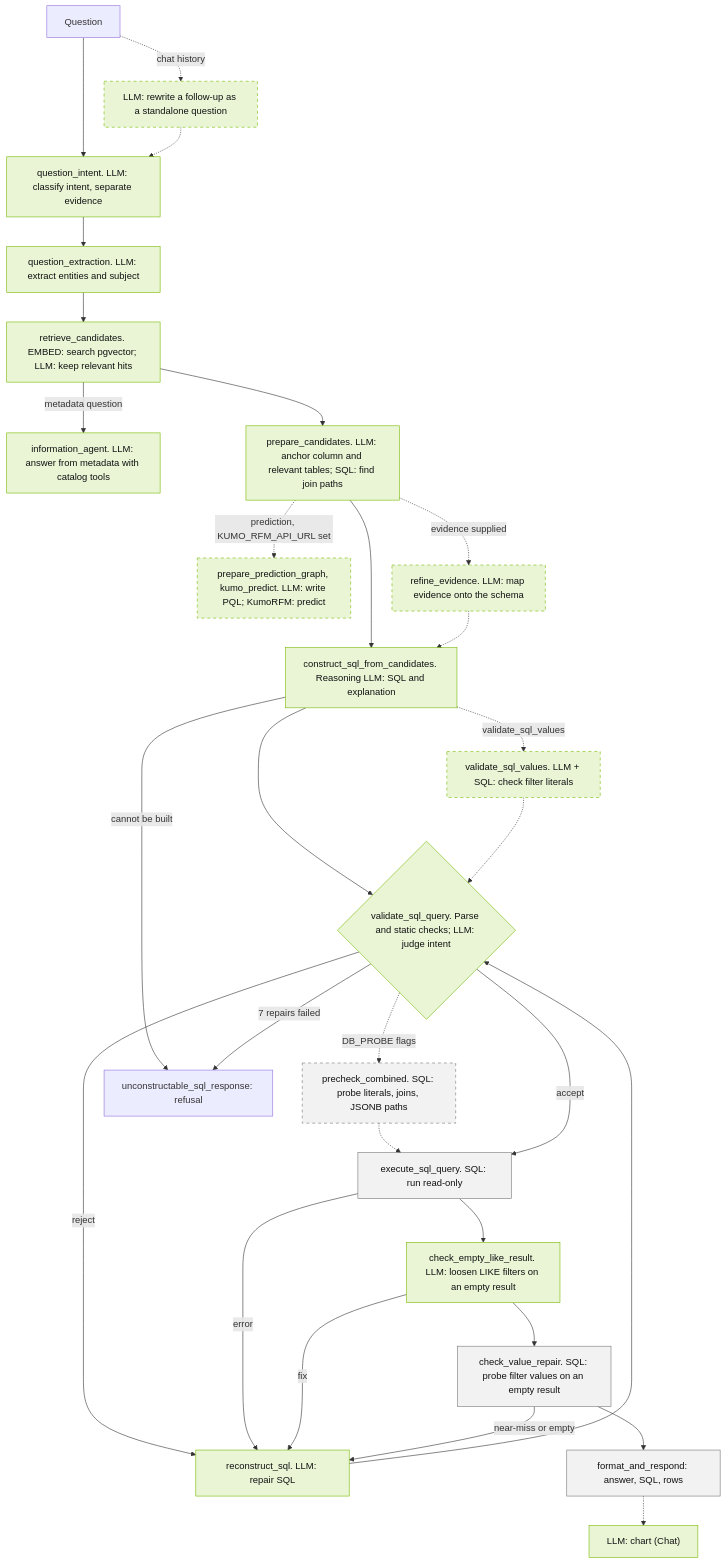
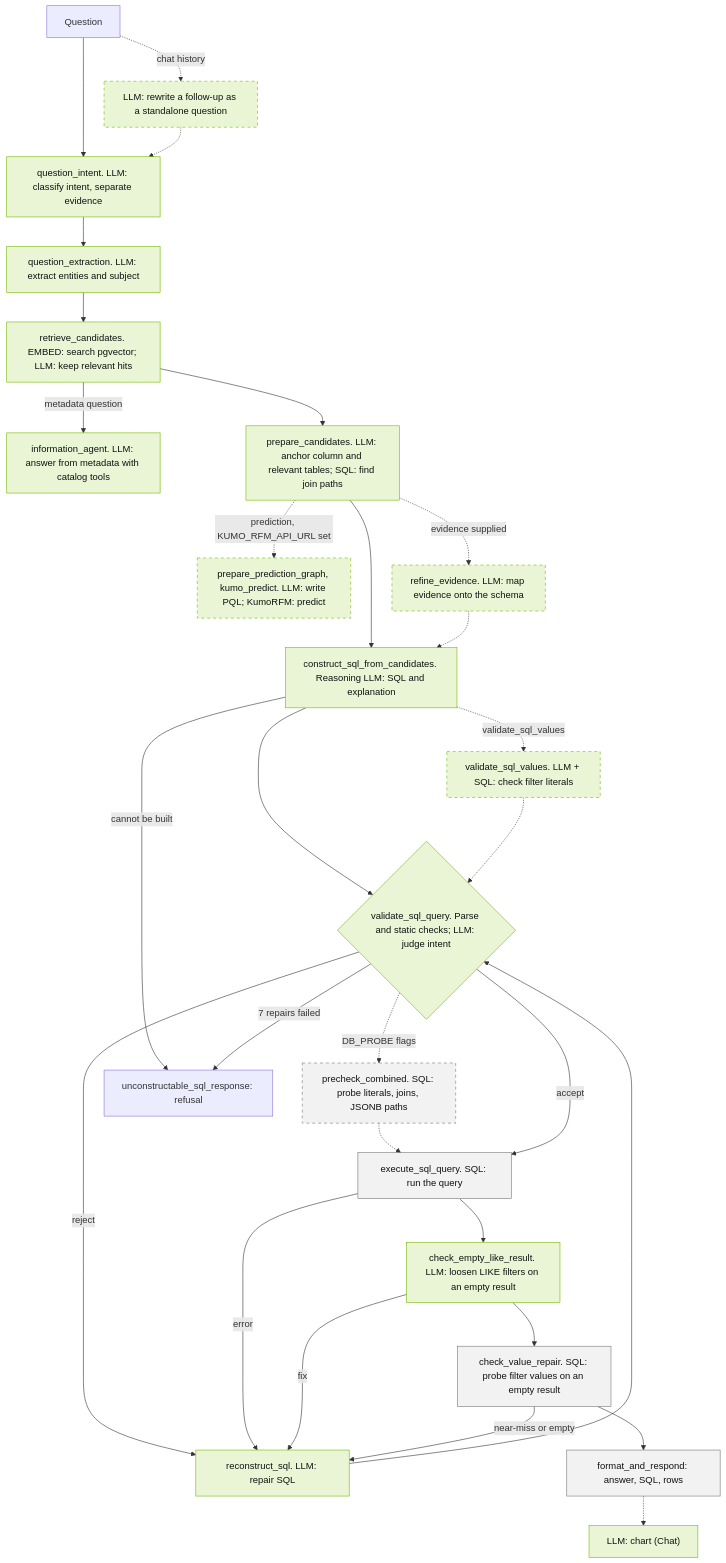
The fourth of 4 diagrams in docs/architecture.md (NVIDIA/auto-ontology), drawn with Mermaid before and after one commit. The commit also changed other lines of this file and 1 other file, not shown here.

````diff
--- a/docs/architecture.md
+++ b/docs/architecture.md
@@ -288,54 +240,54 @@
 ```mermaid
 flowchart TD
   q["Question"]
   fu["LLM: rewrite a follow-up as a standalone question"]
   intent["question_intent. LLM: classify intent, separate evidence"]
   ext["question_extraction. LLM: extract entities and subject"]
   ret["retrieve_candidates. EMBED: search pgvector; LLM: keep relevant hits"]
   meta["information_agent. LLM: answer from metadata with catalog tools"]
   prep["prepare_candidates. LLM: anchor column and relevant tables; SQL: find join paths"]
   pred["prepare_prediction_graph, kumo_predict. LLM: write PQL; KumoRFM: predict"]
   ev["refine_evidence. LLM: map evidence onto the schema"]
   gen["construct_sql_from_candidates. Reasoning LLM: SQL and explanation"]
   vals["validate_sql_values. LLM + SQL: check filter literals"]
   judge{"validate_sql_query. Parse and static checks; LLM: judge intent"}
   fix["reconstruct_sql. LLM: repair SQL"]
   pre["precheck_combined. SQL: probe literals, joins, JSONB paths"]
-  run["execute_sql_query. SQL: run read-only"]
+  run["execute_sql_query. SQL: run the query"]
   like["check_empty_like_result. LLM: loosen LIKE filters on an empty result"]
   repair["check_value_repair. SQL: probe filter values on an empty result"]
   fmt["format_and_respond: answer, SQL, rows"]
   chart["LLM: chart (Chat)"]
   ref["unconstructable_sql_response: refusal"]
   q -. "chat history" .-> fu
   q --> intent
   fu -.-> intent
   intent --> ext --> ret
   ret -- "metadata question" --> meta
   ret --> prep
   prep -. "prediction, KUMO_RFM_API_URL set" .-> pred
   prep -. "evidence supplied" .-> ev
   prep --> gen
   ev -.-> gen
   gen -. "validate_sql_values" .-> vals
   gen --> judge
   vals -.-> judge
   gen -- "cannot be built" --> ref
   judge -- "reject" --> fix
   fix --> judge
   judge -- "7 repairs failed" --> ref
   judge -. "DB_PROBE flags" .-> pre
   pre -.-> run
   judge -- "accept" --> run
   run -- "error" --> fix
   run --> like --> repair --> fmt
   like -- "fix" --> fix
   repair -- "near-miss or empty" --> fix
   fmt -.-> chart
   classDef model fill:#eaf5d6,stroke:#76b900,color:#111
   classDef det fill:#f2f2f2,stroke:#777,color:#111
   classDef optional stroke-dasharray:5 5
   class fu,intent,ext,ret,meta,prep,pred,ev,gen,vals,judge,fix,like,chart model
   class pre,run,repair,fmt det
   class fu,pred,ev,vals,pre optional
 ```
````
